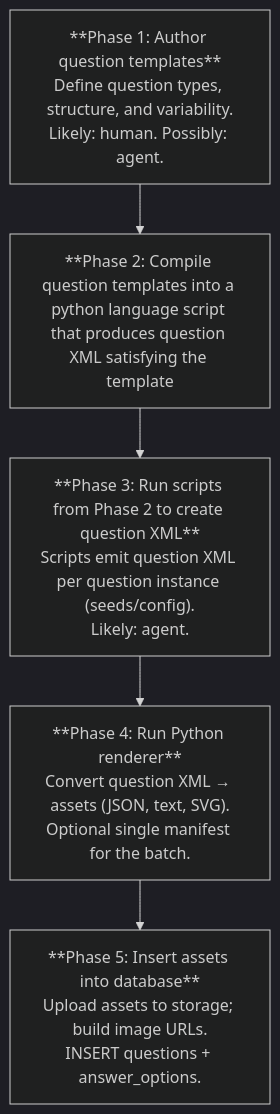
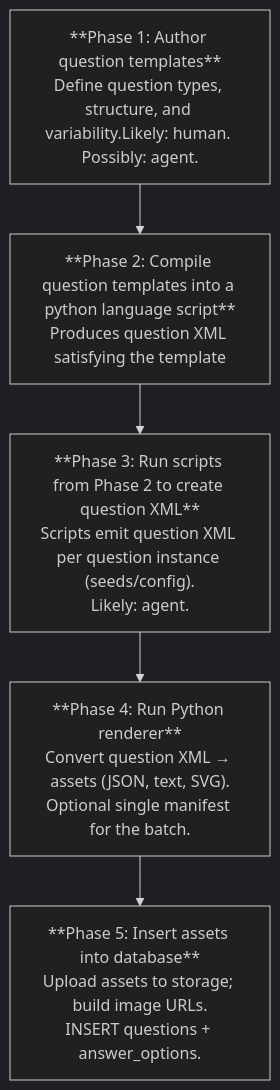
Before and after one commit to skymarshall/11plus-prototype-1: the diagram in question-gen/QUESTION-GENERATION-DESIGN.md, drawn with Mermaid (dark theme). The commit also changed other lines of this file, not shown here.

Commit message:
Cleanup question generator design .md

````diff
--- a/question-gen/QUESTION-GENERATION-DESIGN.md
+++ b/question-gen/QUESTION-GENERATION-DESIGN.md
@@ -36,9 +36,9 @@
 ```mermaid
 flowchart TD
-  P1["**Phase 1: Author question templates**<br/>Define question types, structure, and variability.<br/>Likely: human. Possibly: agent."]
-  P2["**Phase 2: Compile question templates into a python language script that produces question XML satisfying the template"]
+  P1["**Phase 1: Author question templates**<br/>Define question types, structure, and variability.Likely: human. Possibly: agent."]
+  P2["**Phase 2: Compile question templates into a python language script**<br/>Produces question XML satisfying the template"]
   P3["**Phase 3: Run scripts from Phase 2 to create question XML**<br/>Scripts emit question XML per question instance (seeds/config).<br/>Likely: agent."]
   P4["**Phase 4: Run Python renderer**<br/>Convert question XML → assets (JSON, text, SVG).<br/>Optional single manifest for the batch."]
   P5["**Phase 5: Insert assets into database**<br/>Upload assets to storage; build image URLs.<br/>INSERT questions + answer_options."]
   P1 --> P2 --> P3 --> P4 --> P5
 ```
````
